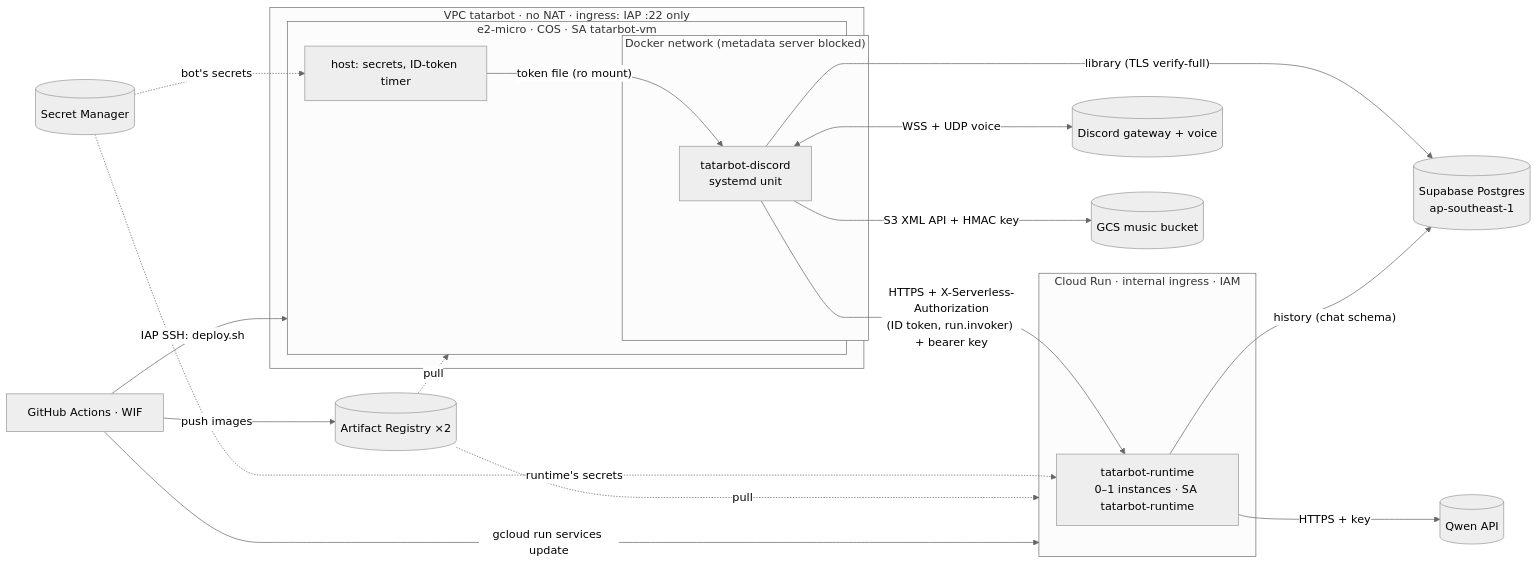
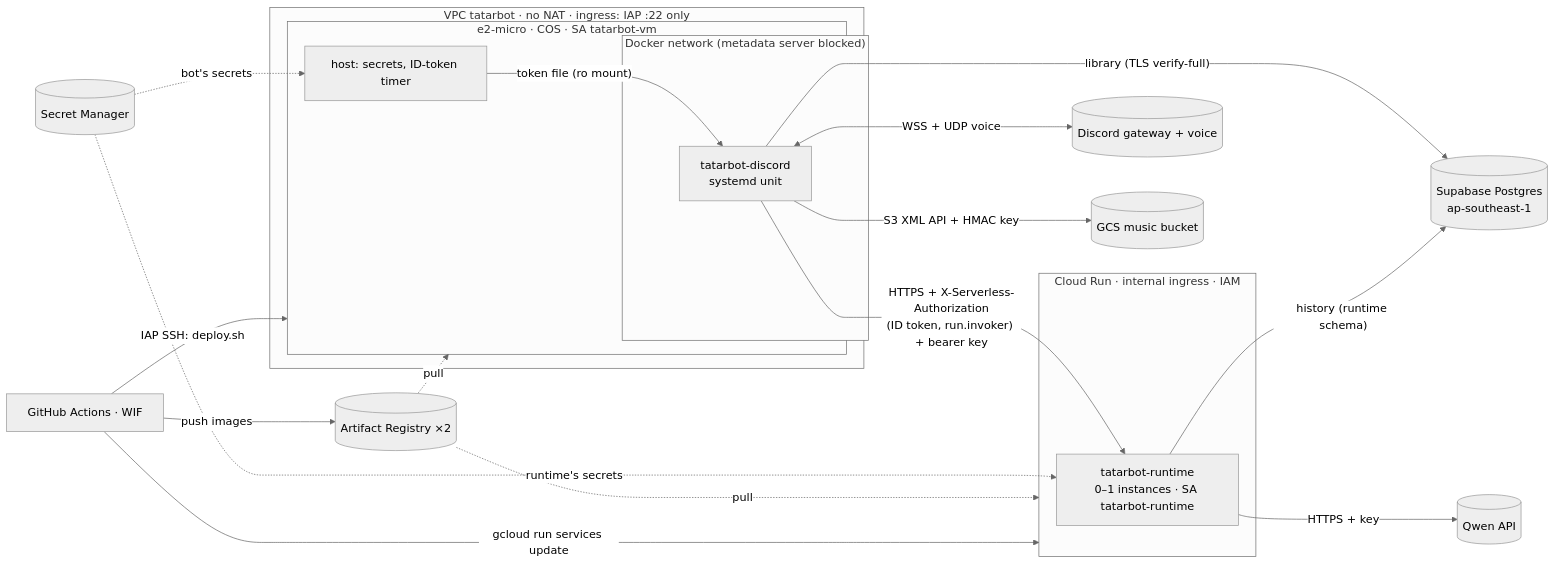
The diagram in infra/gcp/README.md (PatiphanAK/tatarbot), drawn with Mermaid (neutral theme) before and after one commit. The commit also changed other lines of this file and 20 other files, not shown here.

First line of the commit message:
runtime: one database, rag and runtime schemas with independent migrations

````diff
--- a/infra/gcp/README.md
+++ b/infra/gcp/README.md
@@ -22,33 +22,33 @@
 ```mermaid
 flowchart LR
     D[(Discord gateway + voice)]
     RP[(Qwen API)]
     SB[(Supabase Postgres<br/>ap-southeast-1)]
 
     subgraph VPC["VPC tatarbot · no NAT · ingress: IAP :22 only"]
         subgraph VM["e2-micro · COS · SA tatarbot-vm"]
             H["host: secrets, ID-token timer"]
             subgraph NET["Docker network (metadata server blocked)"]
                 B["tatarbot-discord<br/>systemd unit"]
             end
             H -- "token file (ro mount)" --> B
         end
     end
 
     subgraph CR["Cloud Run · internal ingress · IAM"]
         R["tatarbot-runtime<br/>0–1 instances · SA tatarbot-runtime"]
     end
 
     B -- "HTTPS + X-Serverless-Authorization<br/>(ID token, run.invoker) + bearer key" --> R
     B <-- "WSS + UDP voice" --> D
     B -- "library (TLS verify-full)" --> SB
-    R -- "history (chat schema)" --> SB
+    R -- "history (runtime schema)" --> SB
     R -- "HTTPS + key" --> RP
     B -- "S3 XML API + HMAC key" --> GCS[(GCS music bucket)]
     SM[(Secret Manager)] -. "bot's secrets" .-> H
     SM -. "runtime's secrets" .-> R
     AR[(Artifact Registry ×2)] -. pull .-> VM & CR
     GH[GitHub Actions · WIF] -- "push images" --> AR
     GH -- "IAP SSH: deploy.sh" --> VM
     GH -- "gcloud run services update" --> CR
 ```
````
